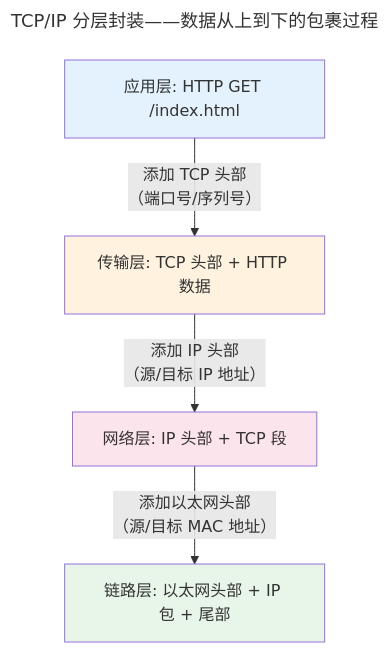
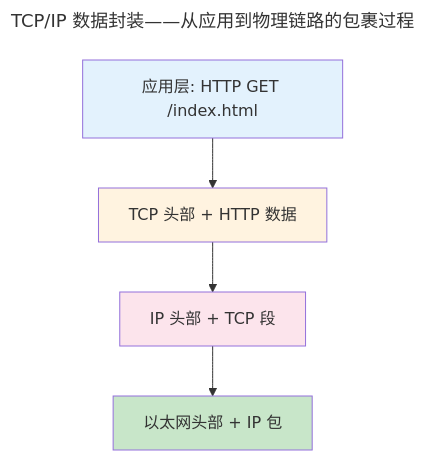
One commit to yadayanxue/silicon-strides changed the diagram in src/content/docs/03-qiankun/05-network-protocol-stack.md. Above: the diagram before and after it, drawn with Mermaid. The commit also changed other lines of this file and 7 other files, not shown here.

Commit message:
docs: 卷三内容深度补充——8章各加Mermaid图与深层论证

````diff
--- a/src/content/docs/03-qiankun/05-network-protocol-stack.md
+++ b/src/content/docs/03-qiankun/05-network-protocol-stack.md
@@ -30,19 +16,14 @@
 ```mermaid
 ---
-title: TCP/IP 分层封装——数据从上到下的包裹过程
+title: TCP/IP 数据封装——从应用到物理链路的包裹过程
 ---
 graph TD
-    APP["应用层: HTTP GET /index.html"]
-    TCP["传输层: TCP 头部 + HTTP 数据"]
-    IP["网络层: IP 头部 + TCP 段"]
-    ETH["链路层: 以太网头部 + IP 包 + 尾部"]
-
-    APP -->|"添加 TCP 头部<br/>（端口号/序列号）"| TCP
-    TCP -->|"添加 IP 头部<br/>（源/目标 IP 地址）"| IP
-    IP -->|"添加以太网头部<br/>（源/目标 MAC 地址）"| ETH
+    APP["应用层: HTTP GET /index.html"] --> TCP_H["TCP 头部 + HTTP 数据"]
+    TCP_H --> IP_H["IP 头部 + TCP 段"]
+    IP_H --> ETH["以太网头部 + IP 包"]
 
     style APP fill:#e3f2fd
-    style TCP fill:#fff3e0
-    style IP fill:#fce4ec
-    style ETH fill:#e8f5e9
+    style TCP_H fill:#fff3e0
+    style IP_H fill:#fce4ec
+    style ETH fill:#c8e6c9
 ```
````
